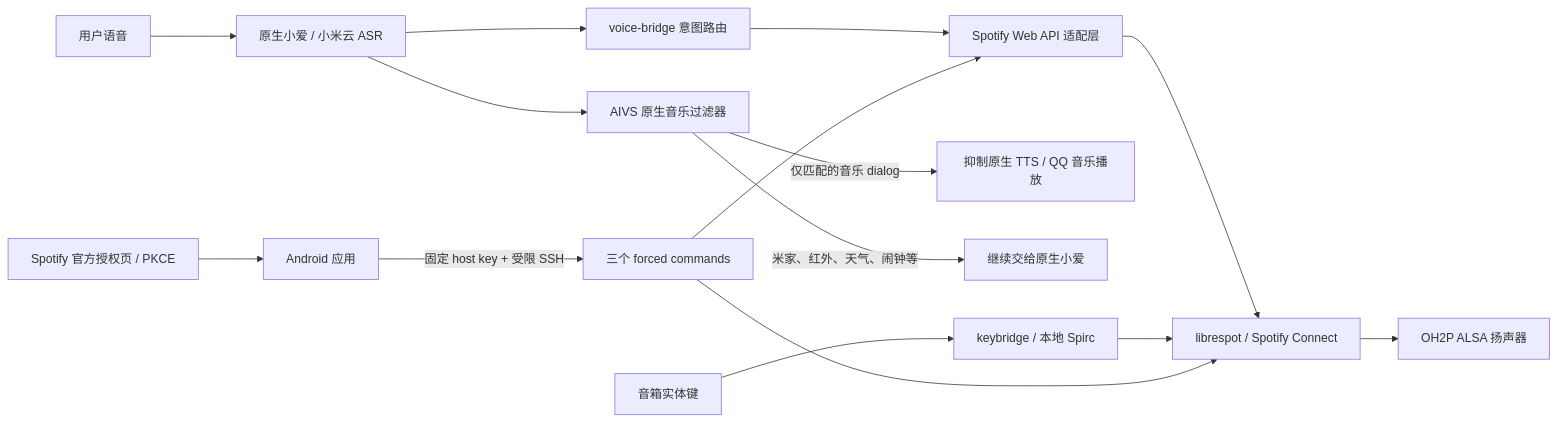
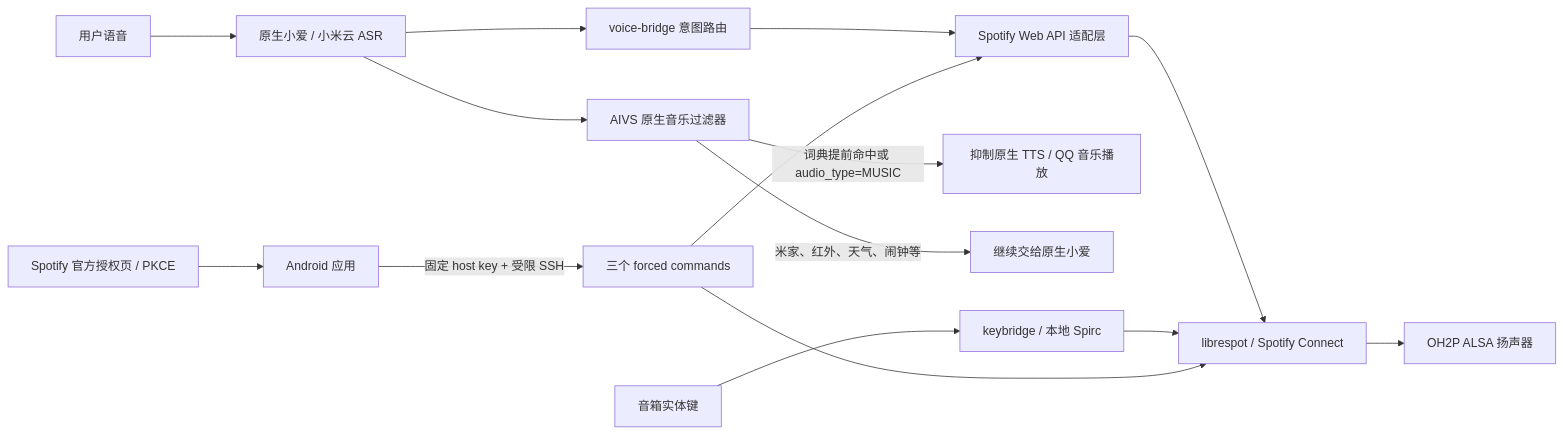
One commit to wjx-wp/xiaoai-spotify-oh2p changed the diagram in docs/ARCHITECTURE.md. Above: the diagram before and after it, drawn with Mermaid. The commit also changed other lines of this file and 10 other files, not shown here.

````diff
--- a/docs/ARCHITECTURE.md
+++ b/docs/ARCHITECTURE.md
@@ -7,20 +7,20 @@
 ```mermaid
 flowchart LR
     U["用户语音"] --> XA["原生小爱 / 小米云 ASR"]
     XA --> VB["voice-bridge 意图路由"]
     VB --> API["Spotify Web API 适配层"]
     API --> LS["librespot / Spotify Connect"]
     LS --> ALSA["OH2P ALSA 扬声器"]
 
     XA --> NF["AIVS 原生音乐过滤器"]
-    NF -->|"仅匹配的音乐 dialog"| DROP["抑制原生 TTS / QQ 音乐播放"]
+    NF -->|"词典提前命中或 audio_type=MUSIC"| DROP["抑制原生 TTS / QQ 音乐播放"]
     NF -->|"米家、红外、天气、闹钟等"| STOCK["继续交给原生小爱"]
 
     KEY["音箱实体键"] --> KB["keybridge / 本地 Spirc"]
     KB --> LS
 
     PHONE["Android 应用"] -->|"固定 host key + 受限 SSH"| AUTH["三个 forced commands"]
     AUTH --> LS
     AUTH --> API
     BROWSER["Spotify 官方授权页 / PKCE"] --> PHONE
 ```
````
